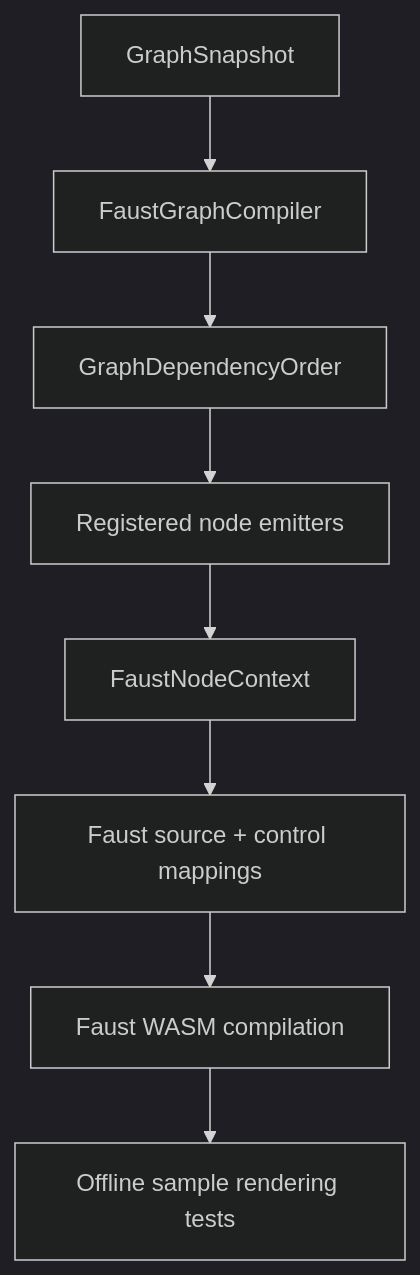
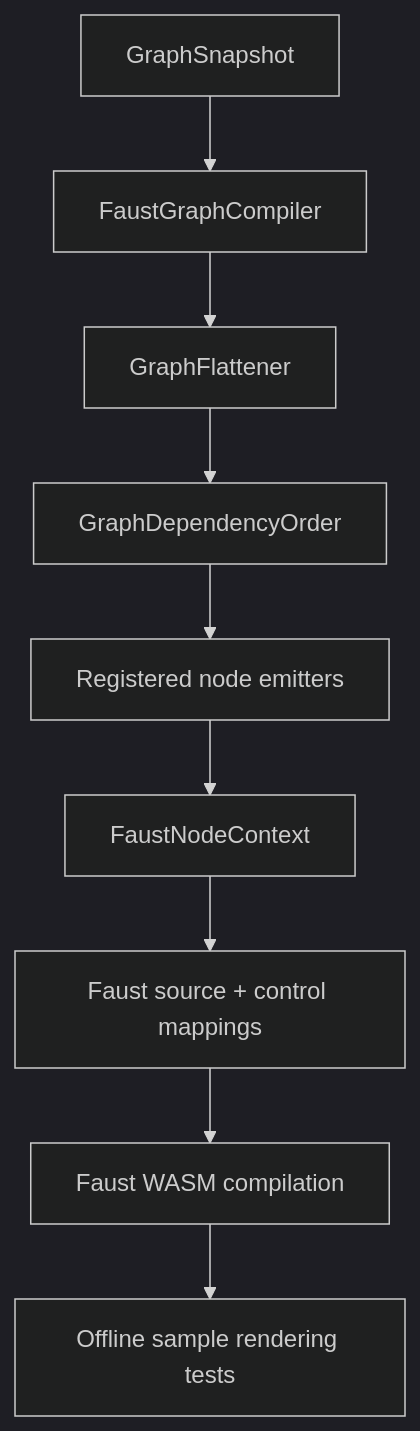
One commit to wgabel/orbit2 changed the eighth of 12 diagrams in README.md. Above: the diagram before and after it, drawn with Mermaid (dark theme). The commit also changed other lines of this file and 12 other files, not shown here.

```diff
--- a/README.md
+++ b/README.md
@@ -317,10 +317,11 @@
 ~~~mermaid
 flowchart TD
     S["GraphSnapshot"] --> C["FaustGraphCompiler"]
-    C --> O["GraphDependencyOrder"]
+    C --> B["GraphFlattener"]
+    B --> O["GraphDependencyOrder"]
     O --> R["Registered node emitters"]
     R --> P["FaustNodeContext"]
     P --> F["Faust source + control mappings"]
     F --> W["Faust WASM compilation"]
     W --> T["Offline sample rendering tests"]
 ~~~
```
